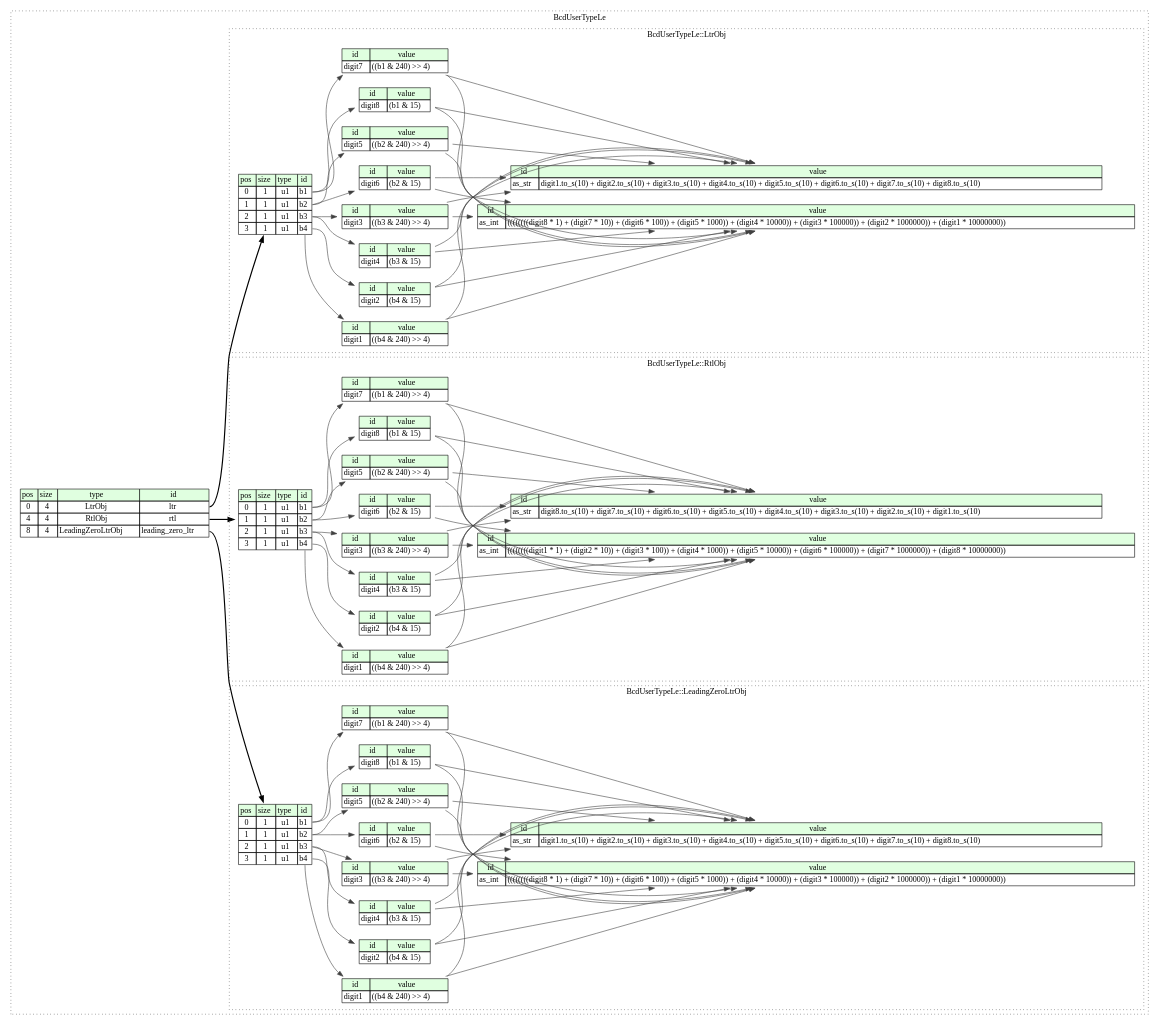
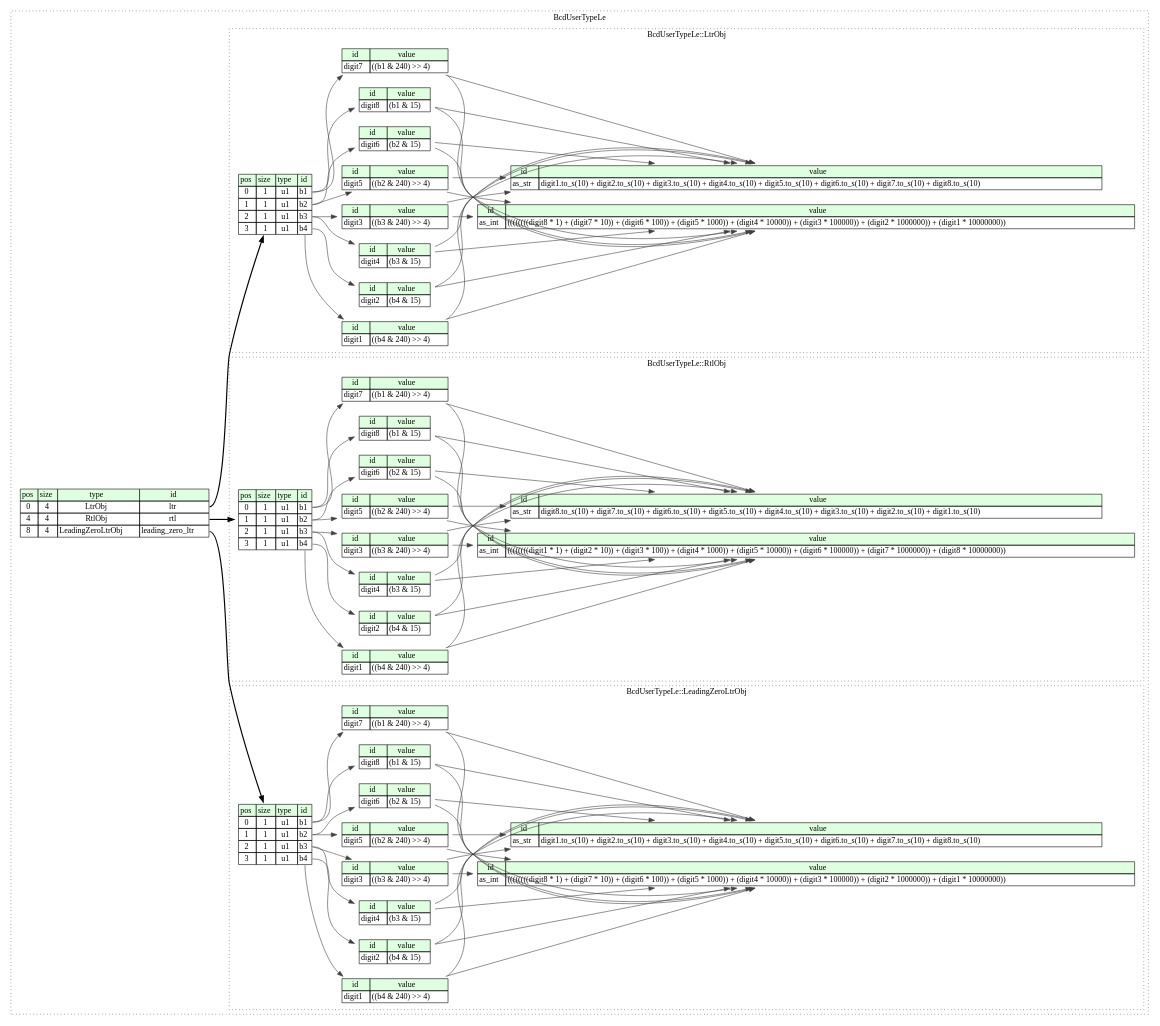
One commit to kaitai-io/ci_targets changed the diagram in compiled/graphviz/bcd_user_type_le.dot. Above: the diagram before and after it, drawn with Graphviz. The commit also changed other lines of this file and 388 other files, not shown here.

```diff
--- a/compiled/graphviz/bcd_user_type_le.dot
+++ b/compiled/graphviz/bcd_user_type_le.dot
@@ -22,45 +22,45 @@
 				<TR><TD PORT="b3_pos">2</TD><TD PORT="b3_size">1</TD><TD>u1</TD><TD PORT="b3_type">b3</TD></TR>
 				<TR><TD PORT="b4_pos">3</TD><TD PORT="b4_size">1</TD><TD>u1</TD><TD PORT="b4_type">b4</TD></TR>
 			</TABLE>>];
+			ltr_obj__inst__digit2 [label=<<TABLE BORDER="0" CELLBORDER="1" CELLSPACING="0">
+				<TR><TD BGCOLOR="#E0FFE0">id</TD><TD BGCOLOR="#E0FFE0">value</TD></TR>
+				<TR><TD>digit2</TD><TD>(b4 &amp; 15)</TD></TR>
+			</TABLE>>];
+			ltr_obj__inst__digit8 [label=<<TABLE BORDER="0" CELLBORDER="1" CELLSPACING="0">
+				<TR><TD BGCOLOR="#E0FFE0">id</TD><TD BGCOLOR="#E0FFE0">value</TD></TR>
+				<TR><TD>digit8</TD><TD>(b1 &amp; 15)</TD></TR>
+			</TABLE>>];
 			ltr_obj__inst__as_int [label=<<TABLE BORDER="0" CELLBORDER="1" CELLSPACING="0">
 				<TR><TD BGCOLOR="#E0FFE0">id</TD><TD BGCOLOR="#E0FFE0">value</TD></TR>
 				<TR><TD>as_int</TD><TD>((((((((digit8 * 1) + (digit7 * 10)) + (digit6 * 100)) + (digit5 * 1000)) + (digit4 * 10000)) + (digit3 * 100000)) + (digit2 * 1000000)) + (digit1 * 10000000))</TD></TR>
 			</TABLE>>];
-			ltr_obj__inst__digit2 [label=<<TABLE BORDER="0" CELLBORDER="1" CELLSPACING="0">
+			ltr_obj__inst__as_str [label=<<TABLE BORDER="0" CELLBORDER="1" CELLSPACING="0">
 				<TR><TD BGCOLOR="#E0FFE0">id</TD><TD BGCOLOR="#E0FFE0">value</TD></TR>
-				<TR><TD>digit2</TD><TD>(b4 &amp; 15)</TD></TR>
+				<TR><TD>as_str</TD><TD>digit1.to_s(10) + digit2.to_s(10) + digit3.to_s(10) + digit4.to_s(10) + digit5.to_s(10) + digit6.to_s(10) + digit7.to_s(10) + digit8.to_s(10)</TD></TR>
 			</TABLE>>];
 			ltr_obj__inst__digit4 [label=<<TABLE BORDER="0" CELLBORDER="1" CELLSPACING="0">
 				<TR><TD BGCOLOR="#E0FFE0">id</TD><TD BGCOLOR="#E0FFE0">value</TD></TR>
 				<TR><TD>digit4</TD><TD>(b3 &amp; 15)</TD></TR>
 			</TABLE>>];
-			ltr_obj__inst__digit3 [label=<<TABLE BORDER="0" CELLBORDER="1" CELLSPACING="0">
+			ltr_obj__inst__digit6 [label=<<TABLE BORDER="0" CELLBORDER="1" CELLSPACING="0">
 				<TR><TD BGCOLOR="#E0FFE0">id</TD><TD BGCOLOR="#E0FFE0">value</TD></TR>
-				<TR><TD>digit3</TD><TD>((b3 &amp; 240) &gt;&gt; 4)</TD></TR>
+				<TR><TD>digit6</TD><TD>(b2 &amp; 15)</TD></TR>
 			</TABLE>>];
 			ltr_obj__inst__digit5 [label=<<TABLE BORDER="0" CELLBORDER="1" CELLSPACING="0">
 				<TR><TD BGCOLOR="#E0FFE0">id</TD><TD BGCOLOR="#E0FFE0">value</TD></TR>
 				<TR><TD>digit5</TD><TD>((b2 &amp; 240) &gt;&gt; 4)</TD></TR>
 			</TABLE>>];
-			ltr_obj__inst__digit8 [label=<<TABLE BORDER="0" CELLBORDER="1" CELLSPACING="0">
+			ltr_obj__inst__digit7 [label=<<TABLE BORDER="0" CELLBORDER="1" CELLSPACING="0">
 				<TR><TD BGCOLOR="#E0FFE0">id</TD><TD BGCOLOR="#E0FFE0">value</TD></TR>
-				<TR><TD>digit8</TD><TD>(b1 &amp; 15)</TD></TR>
-			</TABLE>>];
-			ltr_obj__inst__digit6 [label=<<TABLE BORDER="0" CELLBORDER="1" CELLSPACING="0">
-				<TR><TD BGCOLOR="#E0FFE0">id</TD><TD BGCOLOR="#E0FFE0">value</TD></TR>
-				<TR><TD>digit6</TD><TD>(b2 &amp; 15)</TD></TR>
-			</TABLE>>];
-			ltr_obj__inst__as_str [label=<<TABLE BORDER="0" CELLBORDER="1" CELLSPACING="0">
-				<TR><TD BGCOLOR="#E0FFE0">id</TD><TD BGCOLOR="#E0FFE0">value</TD></TR>
-				<TR><TD>as_str</TD><TD>digit1.to_s(10) + digit2.to_s(10) + digit3.to_s(10) + digit4.to_s(10) + digit5.to_s(10) + digit6.to_s(10) + digit7.to_s(10) + digit8.to_s(10)</TD></TR>
+				<TR><TD>digit7</TD><TD>((b1 &amp; 240) &gt;&gt; 4)</TD></TR>
 			</TABLE>>];
 			ltr_obj__inst__digit1 [label=<<TABLE BORDER="0" CELLBORDER="1" CELLSPACING="0">
 				<TR><TD BGCOLOR="#E0FFE0">id</TD><TD BGCOLOR="#E0FFE0">value</TD></TR>
 				<TR><TD>digit1</TD><TD>((b4 &amp; 240) &gt;&gt; 4)</TD></TR>
 			</TABLE>>];
-			ltr_obj__inst__digit7 [label=<<TABLE BORDER="0" CELLBORDER="1" CELLSPACING="0">
+			ltr_obj__inst__digit3 [label=<<TABLE BORDER="0" CELLBORDER="1" CELLSPACING="0">
 				<TR><TD BGCOLOR="#E0FFE0">id</TD><TD BGCOLOR="#E0FFE0">value</TD></TR>
-				<TR><TD>digit7</TD><TD>((b1 &amp; 240) &gt;&gt; 4)</TD></TR>
+				<TR><TD>digit3</TD><TD>((b3 &amp; 240) &gt;&gt; 4)</TD></TR>
 			</TABLE>>];
 		}
 		subgraph cluster__rtl_obj {
@@ -74,45 +74,45 @@
 				<TR><TD PORT="b3_pos">2</TD><TD PORT="b3_size">1</TD><TD>u1</TD><TD PORT="b3_type">b3</TD></TR>
 				<TR><TD PORT="b4_pos">3</TD><TD PORT="b4_size">1</TD><TD>u1</TD><TD PORT="b4_type">b4</TD></TR>
 			</TABLE>>];
+			rtl_obj__inst__digit2 [label=<<TABLE BORDER="0" CELLBORDER="1" CELLSPACING="0">
+				<TR><TD BGCOLOR="#E0FFE0">id</TD><TD BGCOLOR="#E0FFE0">value</TD></TR>
+				<TR><TD>digit2</TD><TD>(b4 &amp; 15)</TD></TR>
+			</TABLE>>];
+			rtl_obj__inst__digit8 [label=<<TABLE BORDER="0" CELLBORDER="1" CELLSPACING="0">
+				<TR><TD BGCOLOR="#E0FFE0">id</TD><TD BGCOLOR="#E0FFE0">value</TD></TR>
+				<TR><TD>digit8</TD><TD>(b1 &amp; 15)</TD></TR>
+			</TABLE>>];
 			rtl_obj__inst__as_int [label=<<TABLE BORDER="0" CELLBORDER="1" CELLSPACING="0">
 				<TR><TD BGCOLOR="#E0FFE0">id</TD><TD BGCOLOR="#E0FFE0">value</TD></TR>
 				<TR><TD>as_int</TD><TD>((((((((digit1 * 1) + (digit2 * 10)) + (digit3 * 100)) + (digit4 * 1000)) + (digit5 * 10000)) + (digit6 * 100000)) + (digit7 * 1000000)) + (digit8 * 10000000))</TD></TR>
 			</TABLE>>];
-			rtl_obj__inst__digit2 [label=<<TABLE BORDER="0" CELLBORDER="1" CELLSPACING="0">
+			rtl_obj__inst__as_str [label=<<TABLE BORDER="0" CELLBORDER="1" CELLSPACING="0">
 				<TR><TD BGCOLOR="#E0FFE0">id</TD><TD BGCOLOR="#E0FFE0">value</TD></TR>
-				<TR><TD>digit2</TD><TD>(b4 &amp; 15)</TD></TR>
+				<TR><TD>as_str</TD><TD>digit8.to_s(10) + digit7.to_s(10) + digit6.to_s(10) + digit5.to_s(10) + digit4.to_s(10) + digit3.to_s(10) + digit2.to_s(10) + digit1.to_s(10)</TD></TR>
 			</TABLE>>];
 			rtl_obj__inst__digit4 [label=<<TABLE BORDER="0" CELLBORDER="1" CELLSPACING="0">
 				<TR><TD BGCOLOR="#E0FFE0">id</TD><TD BGCOLOR="#E0FFE0">value</TD></TR>
 				<TR><TD>digit4</TD><TD>(b3 &amp; 15)</TD></TR>
 			</TABLE>>];
-			rtl_obj__inst__digit3 [label=<<TABLE BORDER="0" CELLBORDER="1" CELLSPACING="0">
+			rtl_obj__inst__digit6 [label=<<TABLE BORDER="0" CELLBORDER="1" CELLSPACING="0">
 				<TR><TD BGCOLOR="#E0FFE0">id</TD><TD BGCOLOR="#E0FFE0">value</TD></TR>
-				<TR><TD>digit3</TD><TD>((b3 &amp; 240) &gt;&gt; 4)</TD></TR>
+				<TR><TD>digit6</TD><TD>(b2 &amp; 15)</TD></TR>
 			</TABLE>>];
 			rtl_obj__inst__digit5 [label=<<TABLE BORDER="0" CELLBORDER="1" CELLSPACING="0">
 				<TR><TD BGCOLOR="#E0FFE0">id</TD><TD BGCOLOR="#E0FFE0">value</TD></TR>
 				<TR><TD>digit5</TD><TD>((b2 &amp; 240) &gt;&gt; 4)</TD></TR>
 			</TABLE>>];
-			rtl_obj__inst__digit8 [label=<<TABLE BORDER="0" CELLBORDER="1" CELLSPACING="0">
+			rtl_obj__inst__digit7 [label=<<TABLE BORDER="0" CELLBORDER="1" CELLSPACING="0">
 				<TR><TD BGCOLOR="#E0FFE0">id</TD><TD BGCOLOR="#E0FFE0">value</TD></TR>
-				<TR><TD>digit8</TD><TD>(b1 &amp; 15)</TD></TR>
-			</TABLE>>];
-			rtl_obj__inst__digit6 [label=<<TABLE BORDER="0" CELLBORDER="1" CELLSPACING="0">
-				<TR><TD BGCOLOR="#E0FFE0">id</TD><TD BGCOLOR="#E0FFE0">value</TD></TR>
-				<TR><TD>digit6</TD><TD>(b2 &amp; 15)</TD></TR>
-			</TABLE>>];
-			rtl_obj__inst__as_str [label=<<TABLE BORDER="0" CELLBORDER="1" CELLSPACING="0">
-				<TR><TD BGCOLOR="#E0FFE0">id</TD><TD BGCOLOR="#E0FFE0">value</TD></TR>
-				<TR><TD>as_str</TD><TD>digit8.to_s(10) + digit7.to_s(10) + digit6.to_s(10) + digit5.to_s(10) + digit4.to_s(10) + digit3.to_s(10) + digit2.to_s(10) + digit1.to_s(10)</TD></TR>
+				<TR><TD>digit7</TD><TD>((b1 &amp; 240) &gt;&gt; 4)</TD></TR>
 			</TABLE>>];
 			rtl_obj__inst__digit1 [label=<<TABLE BORDER="0" CELLBORDER="1" CELLSPACING="0">
 				<TR><TD BGCOLOR="#E0FFE0">id</TD><TD BGCOLOR="#E0FFE0">value</TD></TR>
 				<TR><TD>digit1</TD><TD>((b4 &amp; 240) &gt;&gt; 4)</TD></TR>
 			</TABLE>>];
-			rtl_obj__inst__digit7 [label=<<TABLE BORDER="0" CELLBORDER="1" CELLSPACING="0">
+			rtl_obj__inst__digit3 [label=<<TABLE BORDER="0" CELLBORDER="1" CELLSPACING="0">
 				<TR><TD BGCOLOR="#E0FFE0">id</TD><TD BGCOLOR="#E0FFE0">value</TD></TR>
-				<TR><TD>digit7</TD><TD>((b1 &amp; 240) &gt;&gt; 4)</TD></TR>
+				<TR><TD>digit3</TD><TD>((b3 &amp; 240) &gt;&gt; 4)</TD></TR>
 			</TABLE>>];
 		}
 		subgraph cluster__leading_zero_ltr_obj {
@@ -126,51 +126,53 @@
 				<TR><TD PORT="b3_pos">2</TD><TD PORT="b3_size">1</TD><TD>u1</TD><TD PORT="b3_type">b3</TD></TR>
 				<TR><TD PORT="b4_pos">3</TD><TD PORT="b4_size">1</TD><TD>u1</TD><TD PORT="b4_type">b4</TD></TR>
 			</TABLE>>];
+			leading_zero_ltr_obj__inst__digit2 [label=<<TABLE BORDER="0" CELLBORDER="1" CELLSPACING="0">
+				<TR><TD BGCOLOR="#E0FFE0">id</TD><TD BGCOLOR="#E0FFE0">value</TD></TR>
+				<TR><TD>digit2</TD><TD>(b4 &amp; 15)</TD></TR>
+			</TABLE>>];
+			leading_zero_ltr_obj__inst__digit8 [label=<<TABLE BORDER="0" CELLBORDER="1" CELLSPACING="0">
+				<TR><TD BGCOLOR="#E0FFE0">id</TD><TD BGCOLOR="#E0FFE0">value</TD></TR>
+				<TR><TD>digit8</TD><TD>(b1 &amp; 15)</TD></TR>
+			</TABLE>>];
 			leading_zero_ltr_obj__inst__as_int [label=<<TABLE BORDER="0" CELLBORDER="1" CELLSPACING="0">
 				<TR><TD BGCOLOR="#E0FFE0">id</TD><TD BGCOLOR="#E0FFE0">value</TD></TR>
 				<TR><TD>as_int</TD><TD>((((((((digit8 * 1) + (digit7 * 10)) + (digit6 * 100)) + (digit5 * 1000)) + (digit4 * 10000)) + (digit3 * 100000)) + (digit2 * 1000000)) + (digit1 * 10000000))</TD></TR>
 			</TABLE>>];
-			leading_zero_ltr_obj__inst__digit2 [label=<<TABLE BORDER="0" CELLBORDER="1" CELLSPACING="0">
+			leading_zero_ltr_obj__inst__as_str [label=<<TABLE BORDER="0" CELLBORDER="1" CELLSPACING="0">
 				<TR><TD BGCOLOR="#E0FFE0">id</TD><TD BGCOLOR="#E0FFE0">value</TD></TR>
-				<TR><TD>digit2</TD><TD>(b4 &amp; 15)</TD></TR>
+				<TR><TD>as_str</TD><TD>digit1.to_s(10) + digit2.to_s(10) + digit3.to_s(10) + digit4.to_s(10) + digit5.to_s(10) + digit6.to_s(10) + digit7.to_s(10) + digit8.to_s(10)</TD></TR>
 			</TABLE>>];
 			leading_zero_ltr_obj__inst__digit4 [label=<<TABLE BORDER="0" CELLBORDER="1" CELLSPACING="0">
 				<TR><TD BGCOLOR="#E0FFE0">id</TD><TD BGCOLOR="#E0FFE0">value</TD></TR>
 				<TR><TD>digit4</TD><TD>(b3 &amp; 15)</TD></TR>
 			</TABLE>>];
-			leading_zero_ltr_obj__inst__digit3 [label=<<TABLE BORDER="0" CELLBORDER="1" CELLSPACING="0">
+			leading_zero_ltr_obj__inst__digit6 [label=<<TABLE BORDER="0" CELLBORDER="1" CELLSPACING="0">
 				<TR><TD BGCOLOR="#E0FFE0">id</TD><TD BGCOLOR="#E0FFE0">value</TD></TR>
-				<TR><TD>digit3</TD><TD>((b3 &amp; 240) &gt;&gt; 4)</TD></TR>
+				<TR><TD>digit6</TD><TD>(b2 &amp; 15)</TD></TR>
 			</TABLE>>];
 			leading_zero_ltr_obj__inst__digit5 [label=<<TABLE BORDER="0" CELLBORDER="1" CELLSPACING="0">
 				<TR><TD BGCOLOR="#E0FFE0">id</TD><TD BGCOLOR="#E0FFE0">value</TD></TR>
 				<TR><TD>digit5</TD><TD>((b2 &amp; 240) &gt;&gt; 4)</TD></TR>
 			</TABLE>>];
-			leading_zero_ltr_obj__inst__digit8 [label=<<TABLE BORDER="0" CELLBORDER="1" CELLSPACING="0">
+			leading_zero_ltr_obj__inst__digit7 [label=<<TABLE BORDER="0" CELLBORDER="1" CELLSPACING="0">
 				<TR><TD BGCOLOR="#E0FFE0">id</TD><TD BGCOLOR="#E0FFE0">value</TD></TR>
-				<TR><TD>digit8</TD><TD>(b1 &amp; 15)</TD></TR>
-			</TABLE>>];
-			leading_zero_ltr_obj__inst__digit6 [label=<<TABLE BORDER="0" CELLBORDER="1" CELLSPACING="0">
-				<TR><TD BGCOLOR="#E0FFE0">id</TD><TD BGCOLOR="#E0FFE0">value</TD></TR>
-				<TR><TD>digit6</TD><TD>(b2 &amp; 15)</TD></TR>
-			</TABLE>>];
-			leading_zero_ltr_obj__inst__as_str [label=<<TABLE BORDER="0" CELLBORDER="1" CELLSPACING="0">
-				<TR><TD BGCOLOR="#E0FFE0">id</TD><TD BGCOLOR="#E0FFE0">value</TD></TR>
-				<TR><TD>as_str</TD><TD>digit1.to_s(10) + digit2.to_s(10) + digit3.to_s(10) + digit4.to_s(10) + digit5.to_s(10) + digit6.to_s(10) + digit7.to_s(10) + digit8.to_s(10)</TD></TR>
+				<TR><TD>digit7</TD><TD>((b1 &amp; 240) &gt;&gt; 4)</TD></TR>
 			</TABLE>>];
 			leading_zero_ltr_obj__inst__digit1 [label=<<TABLE BORDER="0" CELLBORDER="1" CELLSPACING="0">
 				<TR><TD BGCOLOR="#E0FFE0">id</TD><TD BGCOLOR="#E0FFE0">value</TD></TR>
 				<TR><TD>digit1</TD><TD>((b4 &amp; 240) &gt;&gt; 4)</TD></TR>
 			</TABLE>>];
-			leading_zero_ltr_obj__inst__digit7 [label=<<TABLE BORDER="0" CELLBORDER="1" CELLSPACING="0">
+			leading_zero_ltr_obj__inst__digit3 [label=<<TABLE BORDER="0" CELLBORDER="1" CELLSPACING="0">
 				<TR><TD BGCOLOR="#E0FFE0">id</TD><TD BGCOLOR="#E0FFE0">value</TD></TR>
-				<TR><TD>digit7</TD><TD>((b1 &amp; 240) &gt;&gt; 4)</TD></TR>
+				<TR><TD>digit3</TD><TD>((b3 &amp; 240) &gt;&gt; 4)</TD></TR>
 			</TABLE>>];
 		}
 	}
 	bcd_user_type_le__seq:ltr_type -> ltr_obj__seq [style=bold];
 	bcd_user_type_le__seq:rtl_type -> rtl_obj__seq [style=bold];
 	bcd_user_type_le__seq:leading_zero_ltr_type -> leading_zero_ltr_obj__seq [style=bold];
+	ltr_obj__seq:b4_type -> ltr_obj__inst__digit2 [color="#404040"];
+	ltr_obj__seq:b1_type -> ltr_obj__inst__digit8 [color="#404040"];
 	ltr_obj__inst__digit8:digit8_type -> ltr_obj__inst__as_int [color="#404040"];
 	ltr_obj__inst__digit7:digit7_type -> ltr_obj__inst__as_int [color="#404040"];
 	ltr_obj__inst__digit6:digit6_type -> ltr_obj__inst__as_int [color="#404040"];
@@ -179,12 +181,6 @@
 	ltr_obj__inst__digit3:digit3_type -> ltr_obj__inst__as_int [color="#404040"];
 	ltr_obj__inst__digit2:digit2_type -> ltr_obj__inst__as_int [color="#404040"];
 	ltr_obj__inst__digit1:digit1_type -> ltr_obj__inst__as_int [color="#404040"];
-	ltr_obj__seq:b4_type -> ltr_obj__inst__digit2 [color="#404040"];
-	ltr_obj__seq:b3_type -> ltr_obj__inst__digit4 [color="#404040"];
-	ltr_obj__seq:b3_type -> ltr_obj__inst__digit3 [color="#404040"];
-	ltr_obj__seq:b2_type -> ltr_obj__inst__digit5 [color="#404040"];
-	ltr_obj__seq:b1_type -> ltr_obj__inst__digit8 [color="#404040"];
-	ltr_obj__seq:b2_type -> ltr_obj__inst__digit6 [color="#404040"];
 	ltr_obj__inst__digit1:digit1_type -> ltr_obj__inst__as_str [color="#404040"];
 	ltr_obj__inst__digit2:digit2_type -> ltr_obj__inst__as_str [color="#404040"];
 	ltr_obj__inst__digit3:digit3_type -> ltr_obj__inst__as_str [color="#404040"];
@@ -193,8 +189,14 @@
 	ltr_obj__inst__digit6:digit6_type -> ltr_obj__inst__as_str [color="#404040"];
 	ltr_obj__inst__digit7:digit7_type -> ltr_obj__inst__as_str [color="#404040"];
 	ltr_obj__inst__digit8:digit8_type -> ltr_obj__inst__as_str [color="#404040"];
+	ltr_obj__seq:b3_type -> ltr_obj__inst__digit4 [color="#404040"];
+	ltr_obj__seq:b2_type -> ltr_obj__inst__digit6 [color="#404040"];
+	ltr_obj__seq:b2_type -> ltr_obj__inst__digit5 [color="#404040"];
+	ltr_obj__seq:b1_type -> ltr_obj__inst__digit7 [color="#404040"];
 	ltr_obj__seq:b4_type -> ltr_obj__inst__digit1 [color="#404040"];
-	ltr_obj__seq:b1_type -> ltr_obj__inst__digit7 [color="#404040"];
+	ltr_obj__seq:b3_type -> ltr_obj__inst__digit3 [color="#404040"];
+	rtl_obj__seq:b4_type -> rtl_obj__inst__digit2 [color="#404040"];
+	rtl_obj__seq:b1_type -> rtl_obj__inst__digit8 [color="#404040"];
 	rtl_obj__inst__digit1:digit1_type -> rtl_obj__inst__as_int [color="#404040"];
 	rtl_obj__inst__digit2:digit2_type -> rtl_obj__inst__as_int [color="#404040"];
 	rtl_obj__inst__digit3:digit3_type -> rtl_obj__inst__as_int [color="#404040"];
@@ -203,12 +205,6 @@
 	rtl_obj__inst__digit6:digit6_type -> rtl_obj__inst__as_int [color="#404040"];
 	rtl_obj__inst__digit7:digit7_type -> rtl_obj__inst__as_int [color="#404040"];
 	rtl_obj__inst__digit8:digit8_type -> rtl_obj__inst__as_int [color="#404040"];
-	rtl_obj__seq:b4_type -> rtl_obj__inst__digit2 [color="#404040"];
-	rtl_obj__seq:b3_type -> rtl_obj__inst__digit4 [color="#404040"];
-	rtl_obj__seq:b3_type -> rtl_obj__inst__digit3 [color="#404040"];
-	rtl_obj__seq:b2_type -> rtl_obj__inst__digit5 [color="#404040"];
-	rtl_obj__seq:b1_type -> rtl_obj__inst__digit8 [color="#404040"];
-	rtl_obj__seq:b2_type -> rtl_obj__inst__digit6 [color="#404040"];
 	rtl_obj__inst__digit8:digit8_type -> rtl_obj__inst__as_str [color="#404040"];
 	rtl_obj__inst__digit7:digit7_type -> rtl_obj__inst__as_str [color="#404040"];
 	rtl_obj__inst__digit6:digit6_type -> rtl_obj__inst__as_str [color="#404040"];
@@ -217,8 +213,14 @@
 	rtl_obj__inst__digit3:digit3_type -> rtl_obj__inst__as_str [color="#404040"];
 	rtl_obj__inst__digit2:digit2_type -> rtl_obj__inst__as_str [color="#404040"];
 	rtl_obj__inst__digit1:digit1_type -> rtl_obj__inst__as_str [color="#404040"];
+	rtl_obj__seq:b3_type -> rtl_obj__inst__digit4 [color="#404040"];
+	rtl_obj__seq:b2_type -> rtl_obj__inst__digit6 [color="#404040"];
+	rtl_obj__seq:b2_type -> rtl_obj__inst__digit5 [color="#404040"];
+	rtl_obj__seq:b1_type -> rtl_obj__inst__digit7 [color="#404040"];
 	rtl_obj__seq:b4_type -> rtl_obj__inst__digit1 [color="#404040"];
-	rtl_obj__seq:b1_type -> rtl_obj__inst__digit7 [color="#404040"];
+	rtl_obj__seq:b3_type -> rtl_obj__inst__digit3 [color="#404040"];
+	leading_zero_ltr_obj__seq:b4_type -> leading_zero_ltr_obj__inst__digit2 [color="#404040"];
+	leading_zero_ltr_obj__seq:b1_type -> leading_zero_ltr_obj__inst__digit8 [color="#404040"];
 	leading_zero_ltr_obj__inst__digit8:digit8_type -> leading_zero_ltr_obj__inst__as_int [color="#404040"];
 	leading_zero_ltr_obj__inst__digit7:digit7_type -> leading_zero_ltr_obj__inst__as_int [color="#404040"];
 	leading_zero_ltr_obj__inst__digit6:digit6_type -> leading_zero_ltr_obj__inst__as_int [color="#404040"];
@@ -227,12 +229,6 @@
 	leading_zero_ltr_obj__inst__digit3:digit3_type -> leading_zero_ltr_obj__inst__as_int [color="#404040"];
 	leading_zero_ltr_obj__inst__digit2:digit2_type -> leading_zero_ltr_obj__inst__as_int [color="#404040"];
 	leading_zero_ltr_obj__inst__digit1:digit1_type -> leading_zero_ltr_obj__inst__as_int [color="#404040"];
-	leading_zero_ltr_obj__seq:b4_type -> leading_zero_ltr_obj__inst__digit2 [color="#404040"];
-	leading_zero_ltr_obj__seq:b3_type -> leading_zero_ltr_obj__inst__digit4 [color="#404040"];
-	leading_zero_ltr_obj__seq:b3_type -> leading_zero_ltr_obj__inst__digit3 [color="#404040"];
-	leading_zero_ltr_obj__seq:b2_type -> leading_zero_ltr_obj__inst__digit5 [color="#404040"];
-	leading_zero_ltr_obj__seq:b1_type -> leading_zero_ltr_obj__inst__digit8 [color="#404040"];
-	leading_zero_ltr_obj__seq:b2_type -> leading_zero_ltr_obj__inst__digit6 [color="#404040"];
 	leading_zero_ltr_obj__inst__digit1:digit1_type -> leading_zero_ltr_obj__inst__as_str [color="#404040"];
 	leading_zero_ltr_obj__inst__digit2:digit2_type -> leading_zero_ltr_obj__inst__as_str [color="#404040"];
 	leading_zero_ltr_obj__inst__digit3:digit3_type -> leading_zero_ltr_obj__inst__as_str [color="#404040"];
@@ -241,6 +237,10 @@
 	leading_zero_ltr_obj__inst__digit6:digit6_type -> leading_zero_ltr_obj__inst__as_str [color="#404040"];
 	leading_zero_ltr_obj__inst__digit7:digit7_type -> leading_zero_ltr_obj__inst__as_str [color="#404040"];
 	leading_zero_ltr_obj__inst__digit8:digit8_type -> leading_zero_ltr_obj__inst__as_str [color="#404040"];
+	leading_zero_ltr_obj__seq:b3_type -> leading_zero_ltr_obj__inst__digit4 [color="#404040"];
+	leading_zero_ltr_obj__seq:b2_type -> leading_zero_ltr_obj__inst__digit6 [color="#404040"];
+	leading_zero_ltr_obj__seq:b2_type -> leading_zero_ltr_obj__inst__digit5 [color="#404040"];
+	leading_zero_ltr_obj__seq:b1_type -> leading_zero_ltr_obj__inst__digit7 [color="#404040"];
 	leading_zero_ltr_obj__seq:b4_type -> leading_zero_ltr_obj__inst__digit1 [color="#404040"];
-	leading_zero_ltr_obj__seq:b1_type -> leading_zero_ltr_obj__inst__digit7 [color="#404040"];
+	leading_zero_ltr_obj__seq:b3_type -> leading_zero_ltr_obj__inst__digit3 [color="#404040"];
 }
```
